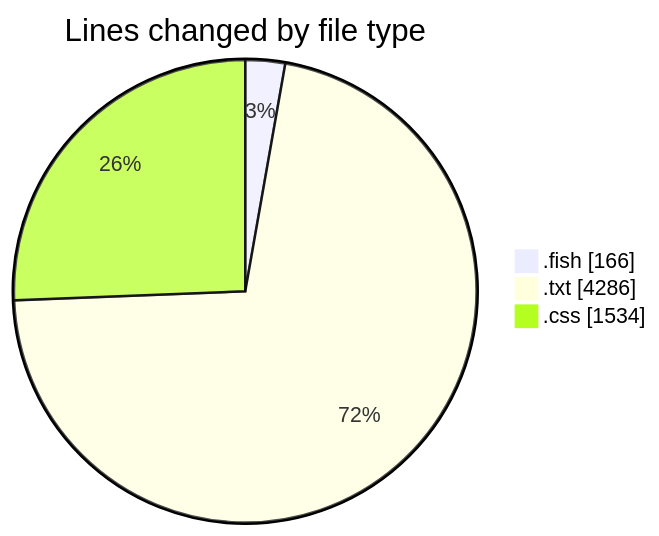
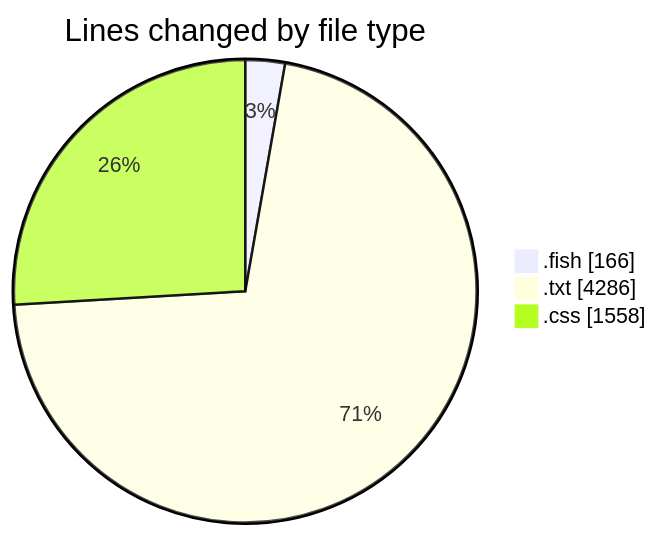
The first of 2 diagrams in 2025-07-21/fish/README.md (EIIisD/code-tracking), drawn with Mermaid before and after one commit. The commit also changed other lines of this file and 1 other file, not shown here.

````diff
--- a/2025-07-21/fish/README.md
+++ b/2025-07-21/fish/README.md
@@ -23,7 +23,7 @@
 ```mermaid
 pie showData
 title Lines changed by file type
 ".fish" : 166
 ".txt" : 4286
-".css" : 1534
+".css" : 1558
 ```
````
